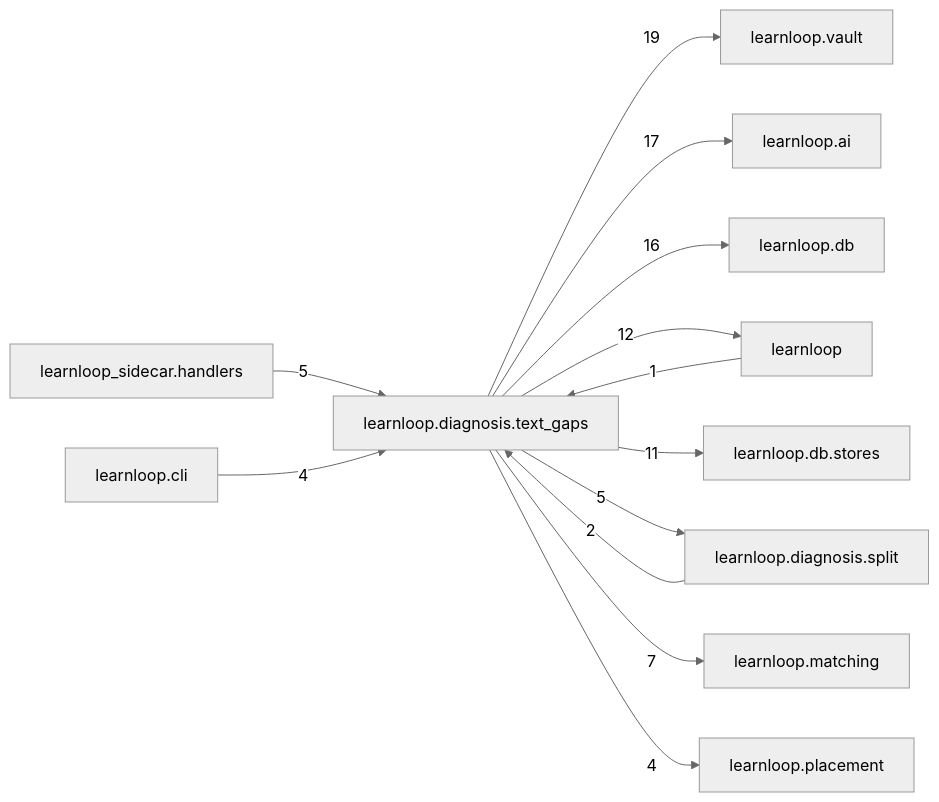
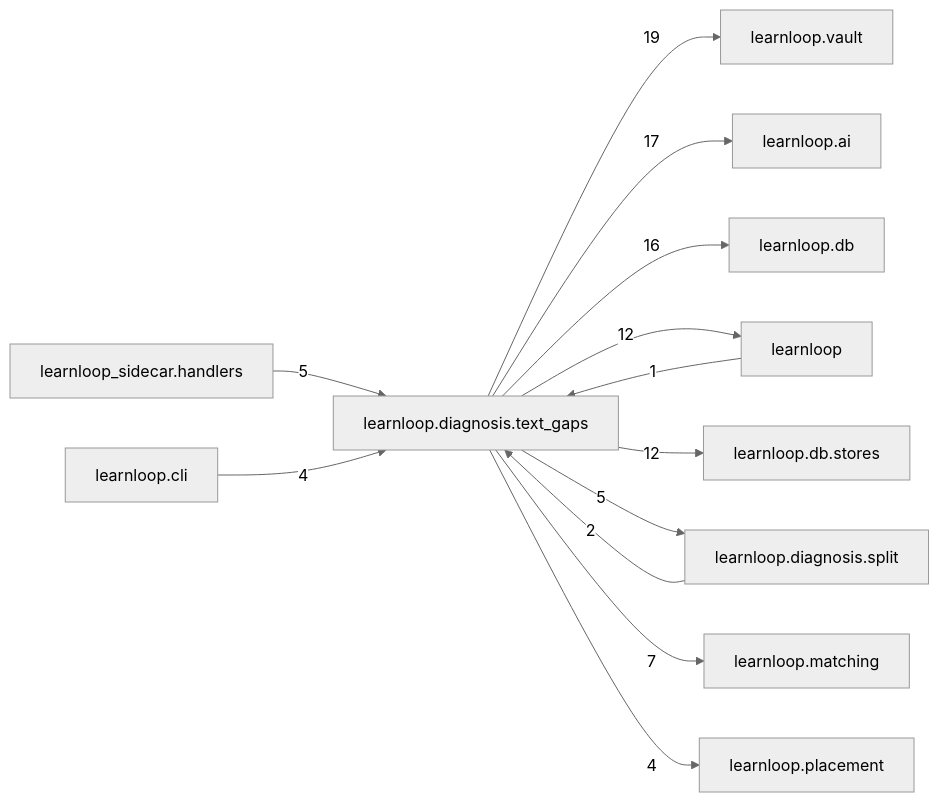
Before and after one commit to 6up-b/learnanything: the diagram in docs/learnloop-architecture-vault/Reference/Modules/learnloop/diagnosis/text_gaps/_package.md, drawn with Mermaid (neutral theme). The commit also changed other lines of this file and 535 other files, not shown here.

````diff
--- a/docs/learnloop-architecture-vault/Reference/Modules/learnloop/diagnosis/text_gaps/_package.md
+++ b/docs/learnloop-architecture-vault/Reference/Modules/learnloop/diagnosis/text_gaps/_package.md
@@ -113,26 +114,26 @@
 ```mermaid
 flowchart LR
     center["learnloop.diagnosis.text_gaps"]
     n_learnloop_vault["learnloop.vault"]
     n_learnloop_ai["learnloop.ai"]
     n_learnloop_db["learnloop.db"]
     n_learnloop["learnloop"]
     n_learnloop_db_stores["learnloop.db.stores"]
     n_learnloop_diagnosis_split["learnloop.diagnosis.split"]
     n_learnloop_matching["learnloop.matching"]
     n_learnloop_sidecar_handlers["learnloop_sidecar.handlers"]
     n_learnloop_cli["learnloop.cli"]
     n_learnloop_placement["learnloop.placement"]
     center -->|19| n_learnloop_vault
     center -->|17| n_learnloop_ai
     center -->|16| n_learnloop_db
     n_learnloop -->|1| center
     center -->|12| n_learnloop
-    center -->|11| n_learnloop_db_stores
+    center -->|12| n_learnloop_db_stores
     n_learnloop_diagnosis_split -->|2| center
     center -->|5| n_learnloop_diagnosis_split
     center -->|7| n_learnloop_matching
     n_learnloop_sidecar_handlers -->|5| center
     n_learnloop_cli -->|4| center
     center -->|4| n_learnloop_placement
 ```
````
